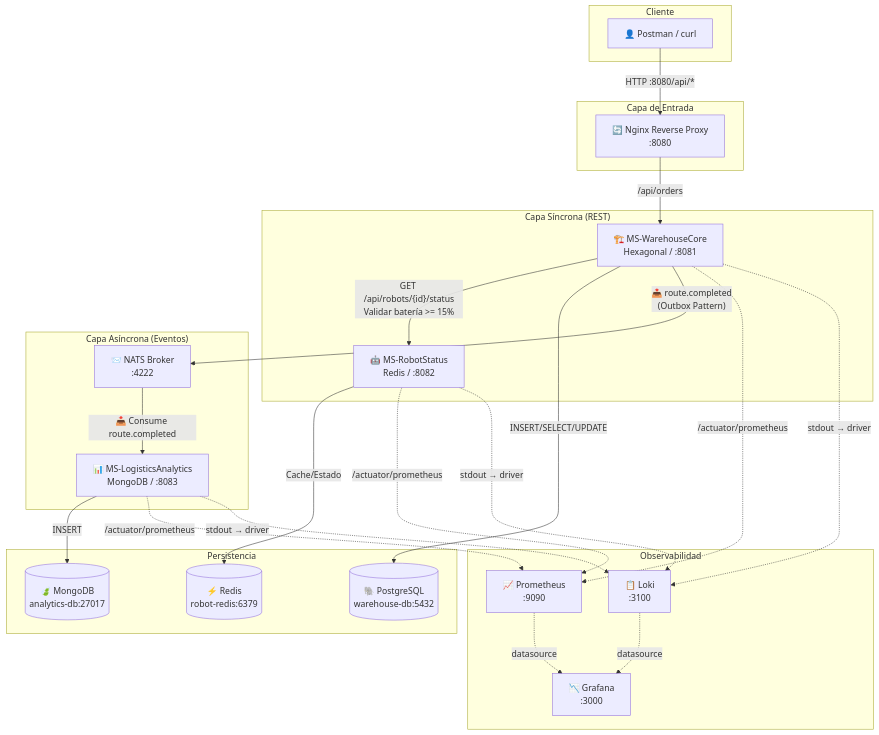
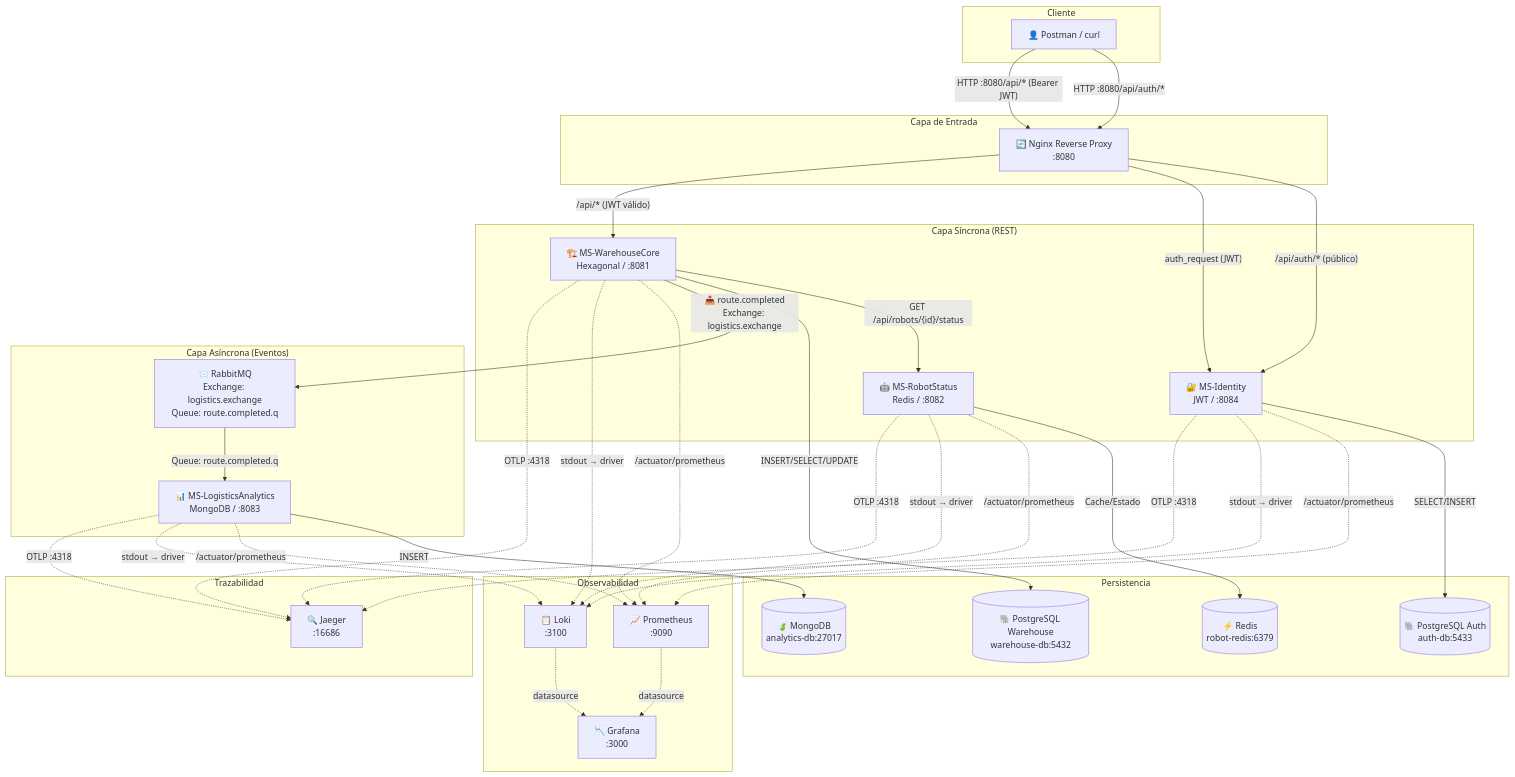
One commit to duguerrac/Proyecto-final---desarrollo changed the first of 2 diagrams in smartlogistic/docs/diagrama-arquitectura.md. Above: the diagram before and after it, drawn with Mermaid. The commit also changed other lines of this file and 5 other files, not shown here.

````diff
--- a/smartlogistic/docs/diagrama-arquitectura.md
+++ b/smartlogistic/docs/diagrama-arquitectura.md
@@ -7,55 +7,74 @@
 ```mermaid
 graph TB
     subgraph "Capa de Entrada"
         NGINX["🔄 Nginx Reverse Proxy<br/>:8080"]
     end
 
     subgraph "Capa Síncrona (REST)"
+        IDENTITY["🔐 MS-Identity<br/>JWT / :8084"]
         WCORE["🏗️ MS-WarehouseCore<br/>Hexagonal / :8081"]
         ROBOT["🤖 MS-RobotStatus<br/>Redis / :8082"]
     end
 
     subgraph "Capa Asíncrona (Eventos)"
-        NATS["📨 NATS Broker<br/>:4222"]
+        RMQ["📨 RabbitMQ<br/>Exchange: logistics.exchange<br/>Queue: route.completed.q"]
         ANALYTICS["📊 MS-LogisticsAnalytics<br/>MongoDB / :8083"]
     end
 
     subgraph "Persistencia"
-        PG[("🐘 PostgreSQL<br/>warehouse-db:5432")]
+        AUTH_PG[("🐘 PostgreSQL Auth<br/>auth-db:5433")]
+        WH_PG[("🐘 PostgreSQL Warehouse<br/>warehouse-db:5432")]
         RD[("⚡ Redis<br/>robot-redis:6379")]
         MG[("🍃 MongoDB<br/>analytics-db:27017")]
+    end
+
+    subgraph "Trazabilidad"
+        JAEGER["🔍 Jaeger<br/>:16686"]
     end
 
     subgraph "Observabilidad"
         PROM["📈 Prometheus<br/>:9090"]
         GRAF["📉 Grafana<br/>:3000"]
         LOKI["📋 Loki<br/>:3100"]
     end
 
     subgraph "Cliente"
         CLIENT["👤 Postman / curl"]
     end
 
-    CLIENT -->|"HTTP :8080/api/*"| NGINX
-    NGINX -->|"/api/orders"| WCORE
+    CLIENT -->|"HTTP :8080/api/auth/*"| NGINX
+    CLIENT -->|"HTTP :8080/api/* (Bearer JWT)"| NGINX
 
-    WCORE -->|"GET /api/robots/{id}/status<br/>Validar batería >= 15%"| ROBOT
+    NGINX -->|"/api/auth/* (público)"| IDENTITY
+    NGINX -->|"auth_request (JWT)"| IDENTITY
+    NGINX -->|"/api/* (JWT válido)"| WCORE
+
+    IDENTITY -->|"SELECT/INSERT"| AUTH_PG
+
+    WCORE -->|"GET /api/robots/{id}/status"| ROBOT
     ROBOT -->|"Cache/Estado"| RD
 
-    WCORE -->|"INSERT/SELECT/UPDATE"| PG
+    WCORE -->|"INSERT/SELECT/UPDATE"| WH_PG
 
-    WCORE -->|"📤 route.completed<br/>(Outbox Pattern)"| NATS
-    NATS -->|"📥 Consume route.completed"| ANALYTICS
+    WCORE -->|"📤 route.completed<br/>Exchange: logistics.exchange"| RMQ
+    RMQ -->|"Queue: route.completed.q"| ANALYTICS
     ANALYTICS -->|"INSERT"| MG
 
     WCORE -.->|"/actuator/prometheus"| PROM
     ROBOT -.->|"/actuator/prometheus"| PROM
     ANALYTICS -.->|"/actuator/prometheus"| PROM
+    IDENTITY -.->|"/actuator/prometheus"| PROM
 
     PROM -.->|"datasource"| GRAF
     LOKI -.->|"datasource"| GRAF
 
     WCORE -.->|"stdout → driver"| LOKI
     ROBOT -.->|"stdout → driver"| LOKI
     ANALYTICS -.->|"stdout → driver"| LOKI
+    IDENTITY -.->|"stdout → driver"| LOKI
+
+    WCORE -.->|"OTLP :4318"| JAEGER
+    ROBOT -.->|"OTLP :4318"| JAEGER
+    ANALYTICS -.->|"OTLP :4318"| JAEGER
+    IDENTITY -.->|"OTLP :4318"| JAEGER
 ```
````
